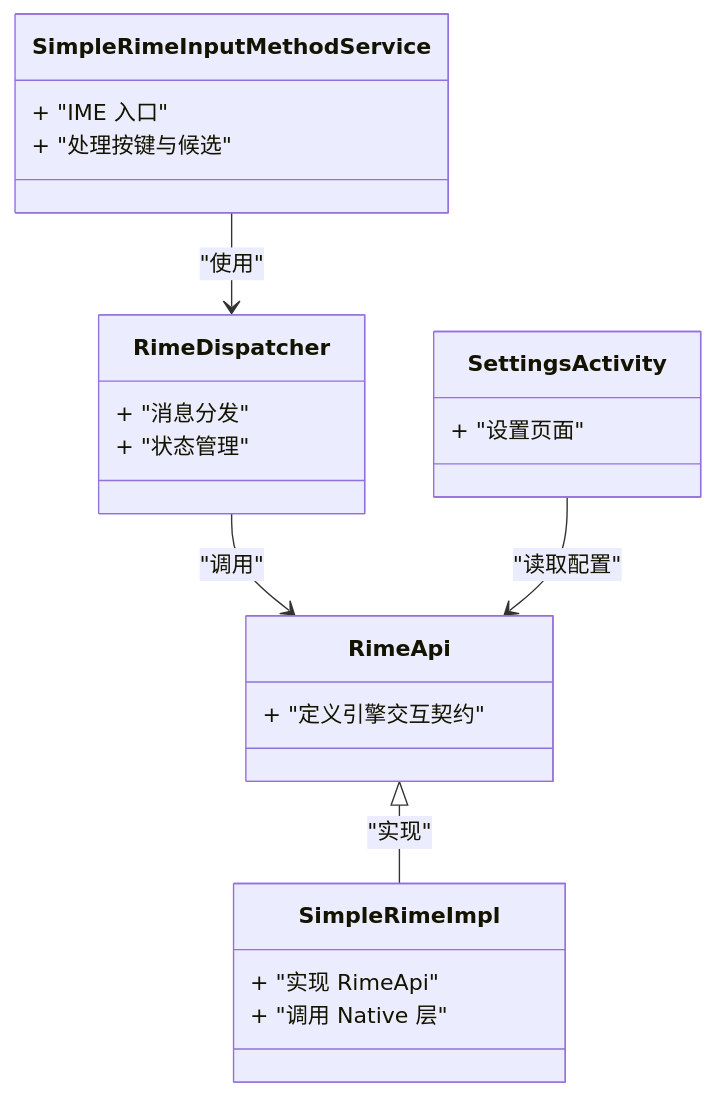
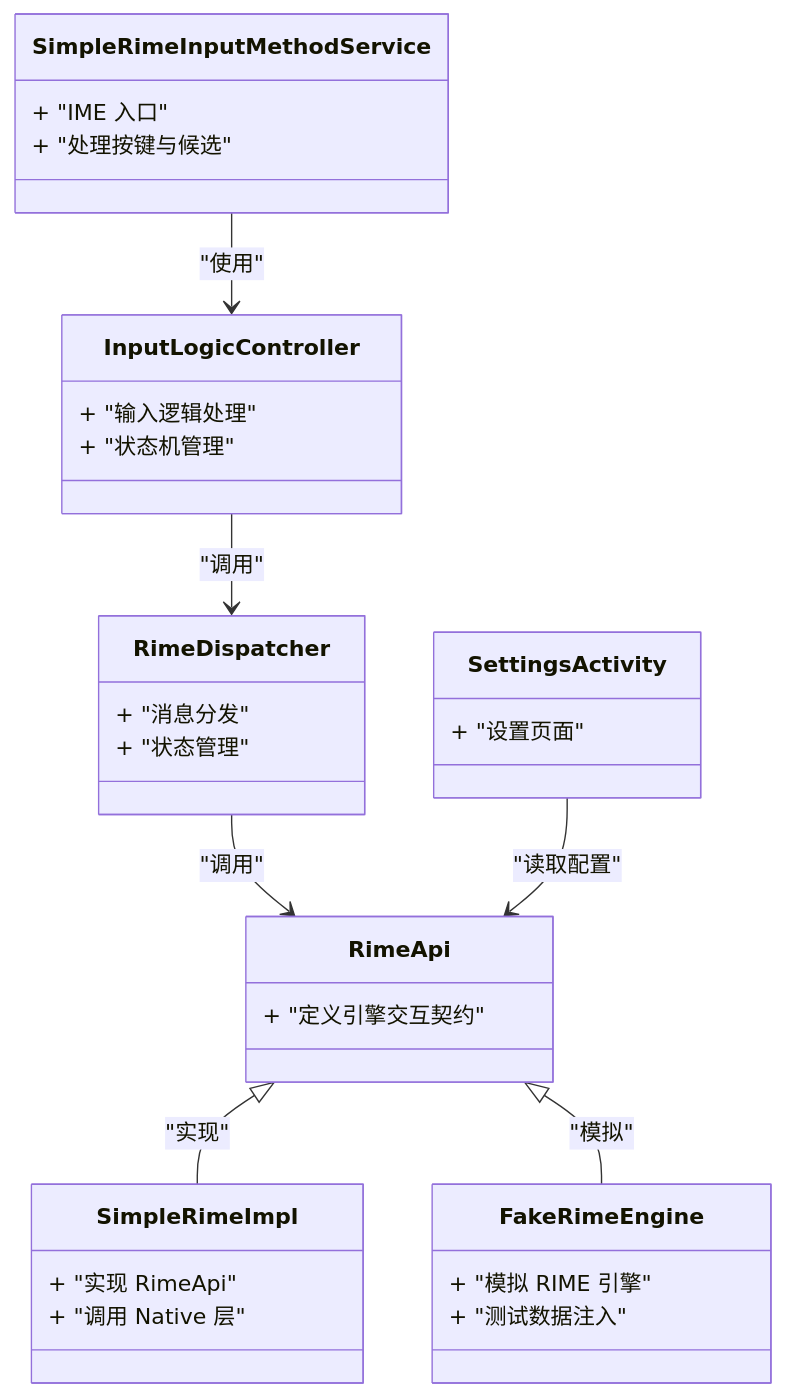
One commit to qiaodashaoye/ziyou-ime changed the third of 3 diagrams in .qoder/repowiki/zh/content/测试指南/测试指南.md. Above: the diagram before and after it, drawn with Mermaid. The commit also changed other lines of this file and 14 other files, not shown here.

````diff
--- a/.qoder/repowiki/zh/content/测试指南/测试指南.md
+++ b/.qoder/repowiki/zh/content/测试指南/测试指南.md
@@ -213,25 +312,35 @@
 ```mermaid
 classDiagram
 class RimeApi {
 + "定义引擎交互契约"
 }
 class SimpleRimeImpl {
 + "实现 RimeApi"
 + "调用 Native 层"
 }
 class RimeDispatcher {
 + "消息分发"
 + "状态管理"
 }
+class InputLogicController {
++ "输入逻辑处理"
++ "状态机管理"
+}
+class FakeRimeEngine {
++ "模拟 RIME 引擎"
++ "测试数据注入"
+}
 class SimpleRimeInputMethodService {
 + "IME 入口"
 + "处理按键与候选"
 }
 class SettingsActivity {
 + "设置页面"
 }
-SimpleRimeInputMethodService --> RimeDispatcher : "使用"
+SimpleRimeInputMethodService --> InputLogicController : "使用"
+InputLogicController --> RimeDispatcher : "调用"
 RimeDispatcher --> RimeApi : "调用"
 RimeApi <|-- SimpleRimeImpl : "实现"
+RimeApi <|-- FakeRimeEngine : "模拟"
 SettingsActivity --> RimeApi : "读取配置"
 ```
````
